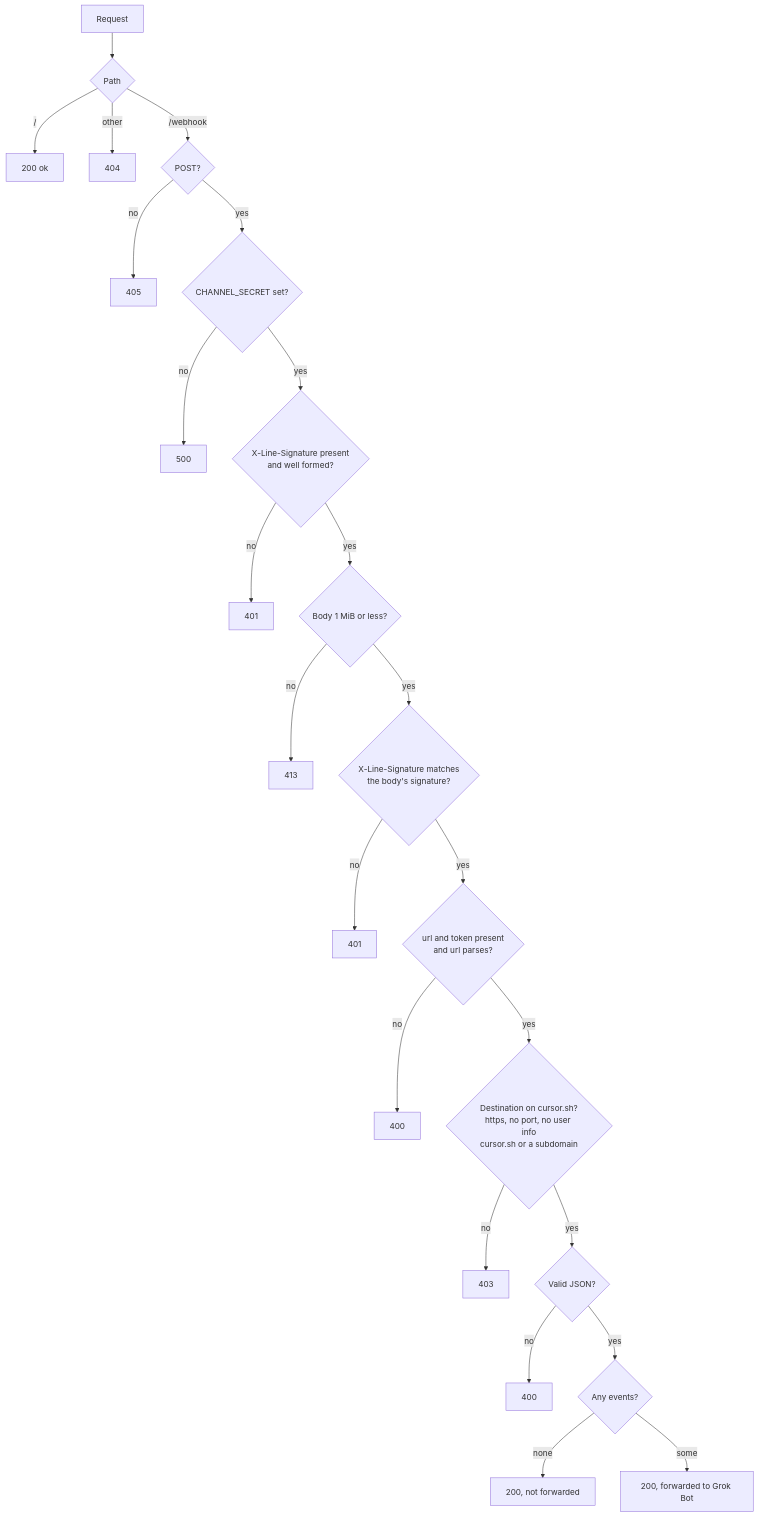
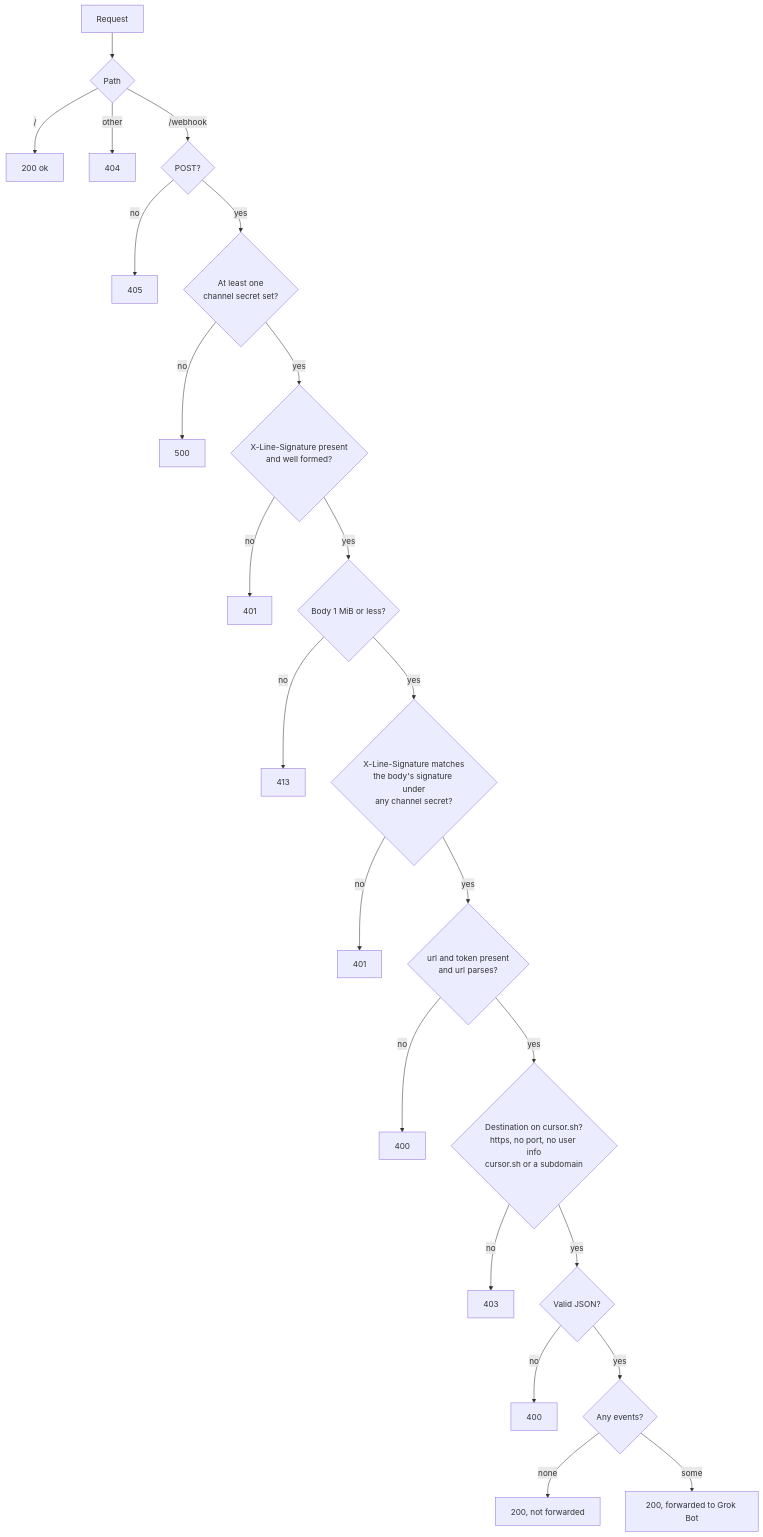
Before and after one commit to cloud-position/grok-bot-line-relay: the second of 2 diagrams in README.en.md, drawn with Mermaid. The commit also changed other lines of this file and 5 other files, not shown here.

````diff
--- a/README.en.md
+++ b/README.en.md
@@ -124,25 +143,25 @@
 ```mermaid
 flowchart TD
     A[Request] --> B{Path}
     B -- / --> OK[200 ok]
     B -- other --> N404[404]
     B -- /webhook --> C{POST?}
     C -- no --> N405[405]
-    C -- yes --> S{CHANNEL_SECRET set?}
+    C -- yes --> S{At least one<br/>channel secret set?}
     S -- no --> N500[500]
     S -- yes --> P{X-Line-Signature present<br/>and well formed?}
     P -- no --> N401a[401]
     P -- yes --> F{Body 1 MiB or less?}
     F -- no --> N413[413]
-    F -- yes --> K{X-Line-Signature matches<br/>the body's signature?}
+    F -- yes --> K{X-Line-Signature matches<br/>the body's signature under<br/>any channel secret?}
     K -- no --> N401b[401]
     K -- yes --> D{url and token present<br/>and url parses?}
     D -- no --> N400a[400]
     D -- yes --> E{Destination on cursor.sh?<br/>https, no port, no user info<br/>cursor.sh or a subdomain}
     E -- no --> N403[403]
     E -- yes --> G{Valid JSON?}
     G -- no --> N400b[400]
     G -- yes --> H{Any events?}
     H -- none --> R200a[200, not forwarded]
     H -- some --> R200b[200, forwarded to Grok Bot]
 ```
````
